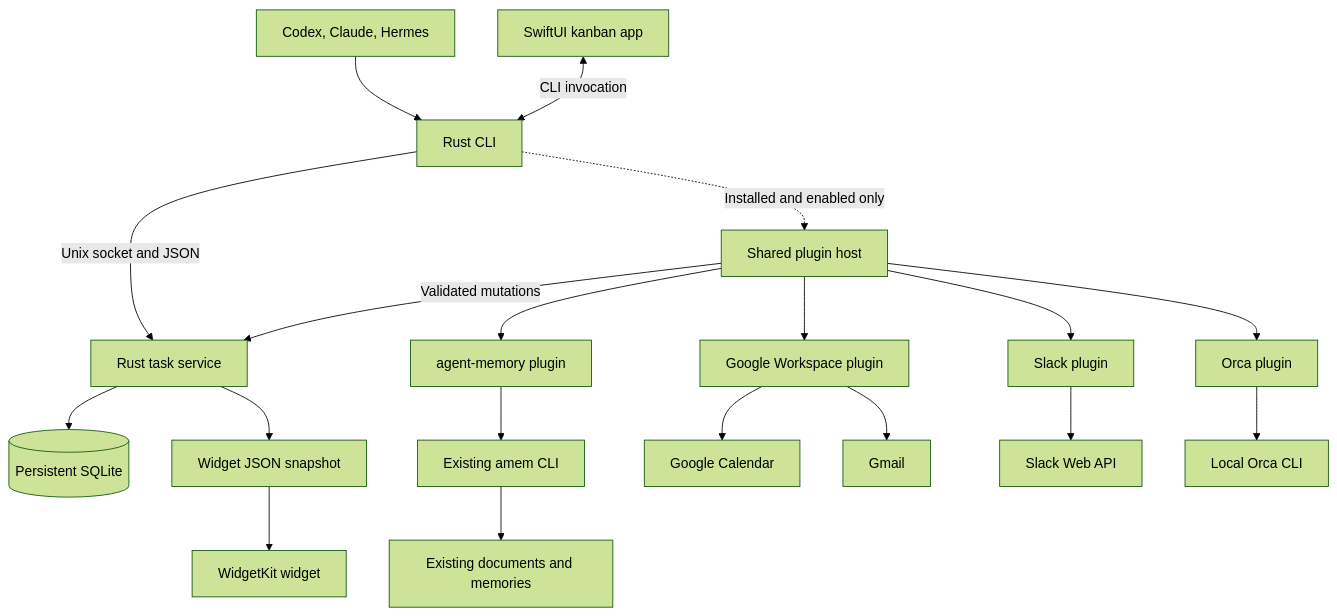
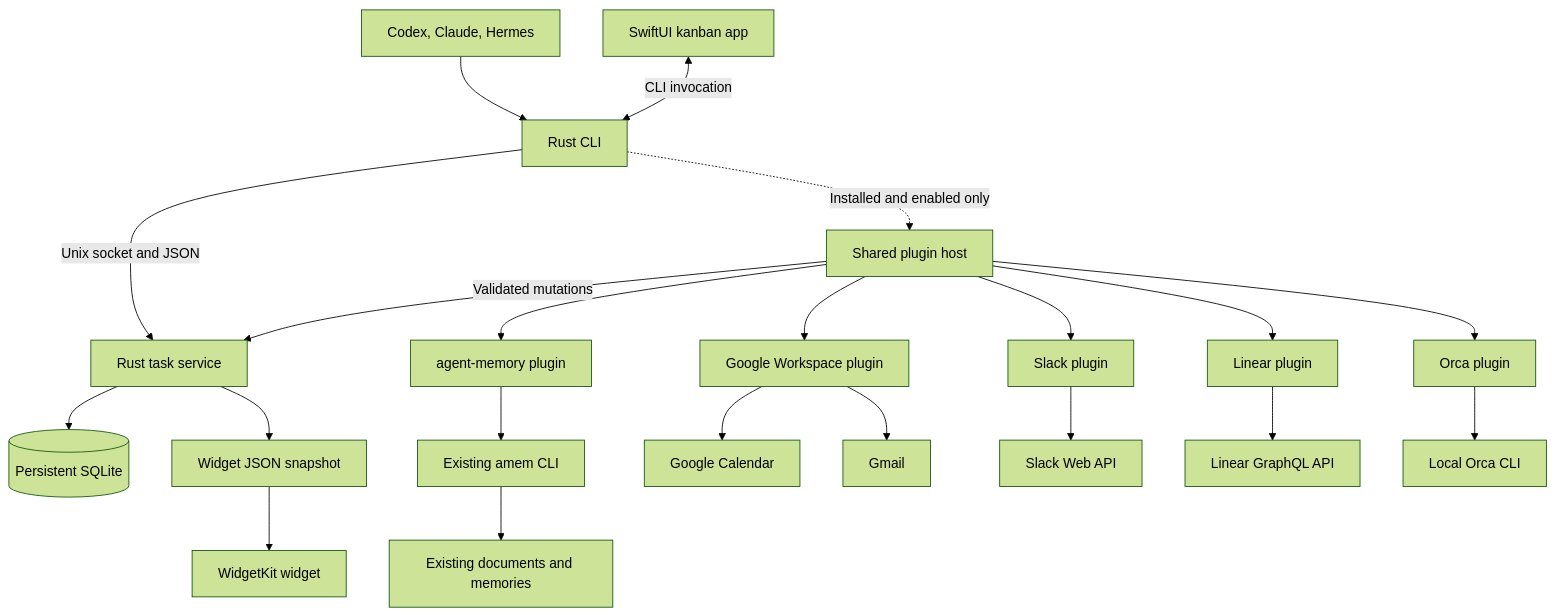
One commit to snuff12/agent-workboard changed the diagram in docs/architecture.md. Above: the diagram before and after it, drawn with Mermaid (forest theme). The commit also changed other lines of this file and 18 other files, not shown here.

````diff
--- a/docs/architecture.md
+++ b/docs/architecture.md
@@ -7,21 +7,23 @@
 ```mermaid
 flowchart TB
     A[Codex, Claude, Hermes] --> B[Rust CLI]
     B -->|Unix socket and JSON| C[Rust task service]
     D[SwiftUI kanban app] <-->|CLI invocation| B
     C --> E[(Persistent SQLite)]
     C --> F[Widget JSON snapshot]
     F --> G[WidgetKit widget]
     B -. Installed and enabled only .-> H[Shared plugin host]
     H -->|Validated mutations| C
     H --> M[agent-memory plugin]
     M --> I[Existing amem CLI]
     I --> J[Existing documents and memories]
     H --> K[Google Workspace plugin]
     K --> L[Google Calendar]
     K --> N[Gmail]
     H --> S[Slack plugin]
     S --> T[Slack Web API]
+    H --> R[Linear plugin]
+    R --> U[Linear GraphQL API]
     H --> O[Orca plugin]
     O --> P[Local Orca CLI]
 ```
````
